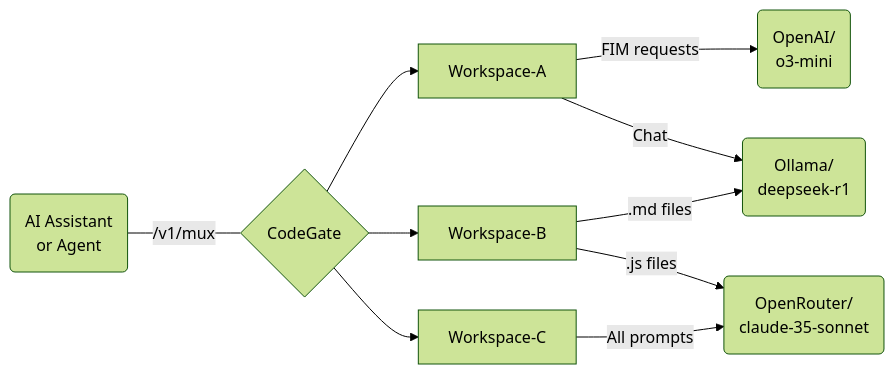
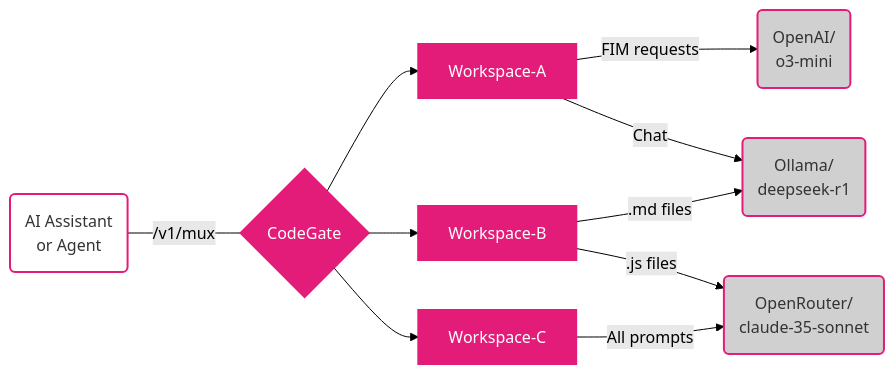
The diagram in docs/features/muxing.mdx (stacklok/codegate-docs), drawn with Mermaid (forest theme) before and after one commit. The commit also changed 2 other files, not shown here.

Commit message:
Update mermaid styles

````diff
--- a/docs/features/muxing.mdx
+++ b/docs/features/muxing.mdx
@@ -26,21 +26,25 @@
 ```mermaid
 flowchart LR
-    Client(AI Assistant<br>or Agent)
-    CodeGate{CodeGate}
-    WS1[Workspace-A]
-    WS2[Workspace-B]
-    WS3[Workspace-C]
-    LLM1(OpenAI/<br>o3-mini)
-    LLM2(Ollama/<br>deepseek-r1)
-    LLM3(OpenRouter/<br>claude-35-sonnet)
+    Client(AI Assistant<br>or Agent):::secondary
+    CodeGate{CodeGate}:::primary
+    WS1[Workspace-A]:::primary
+    WS2[Workspace-B]:::primary
+    WS3[Workspace-C]:::primary
+    LLM1(OpenAI/<br>o3-mini):::tertiary
+    LLM2(Ollama/<br>deepseek-r1):::tertiary
+    LLM3(OpenRouter/<br>claude-35-sonnet):::tertiary
 
     Client ---|/v1/mux| CodeGate
     CodeGate --> WS1
     CodeGate --> WS2
     CodeGate --> WS3
     WS1 --> |FIM requests| LLM1
     WS1 --> |Chat| LLM2
     WS2 --> |.md files| LLM2
     WS2 --> |.js files| LLM3
     WS3 --> |All prompts| LLM3
+
+    classDef primary fill:#E31C79,stroke:#E31C79,color:#FFFFFF,stroke-width:2px
+    classDef secondary fill:#FFFFFF,stroke:#E31C79,color:#333333,stroke-width:2px
+    classDef tertiary fill:#D0D0D0,stroke:#E31C79,color:#333333,stroke-width:2px
 ```
````
